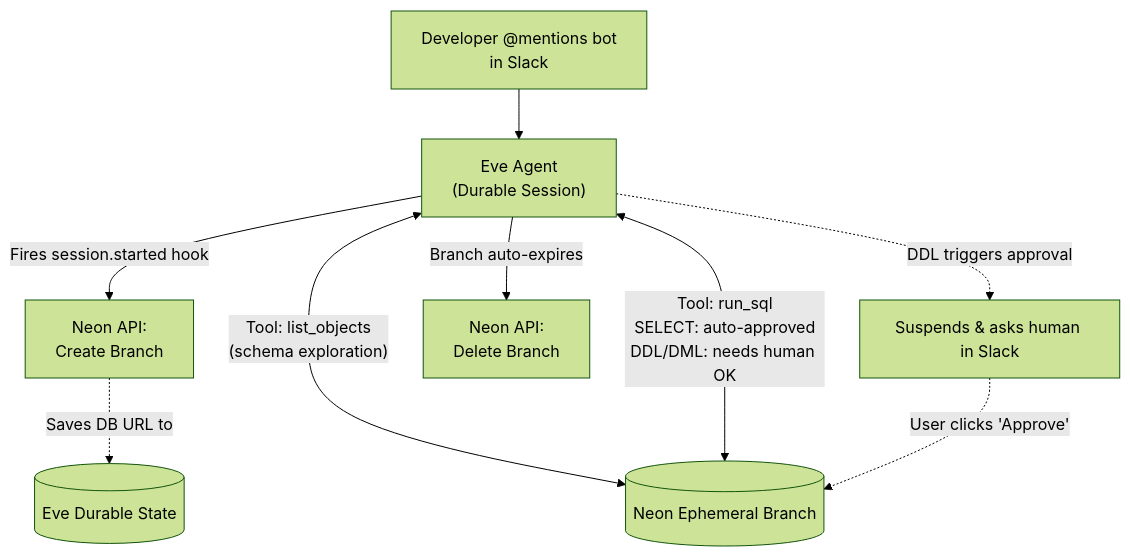
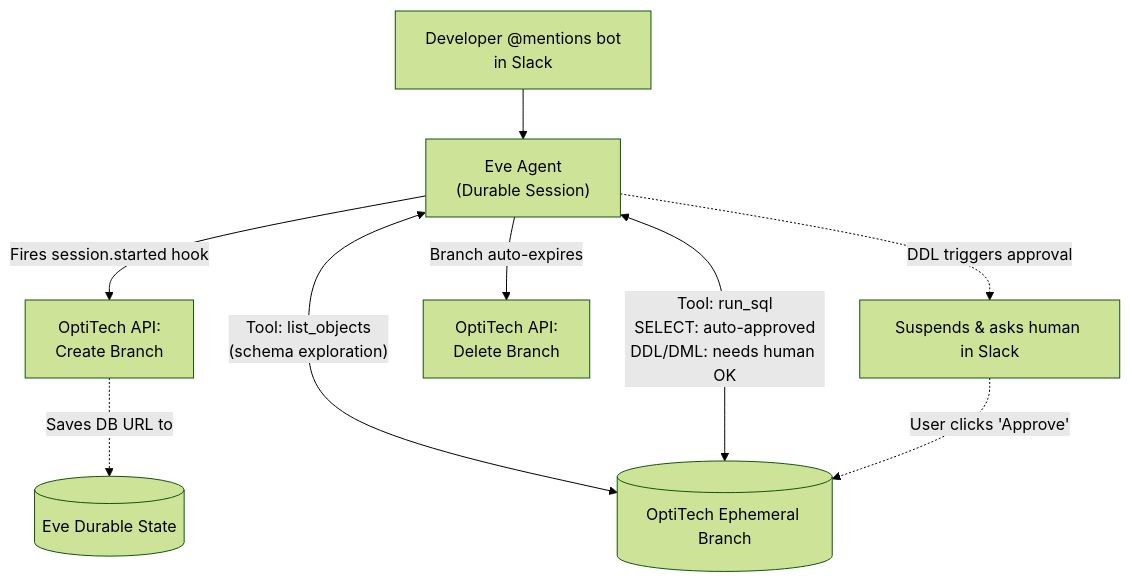
The diagram in content/guides/vercel-eve-neon.md (prakto-org/optitech-hemsida), drawn with Mermaid (forest theme) before and after one commit. The commit also changed other lines of this file and 2084 other files, not shown here.

First line of the commit message:
feat: rebrand Neon site to OptiTech

````diff
--- a/content/guides/vercel-eve-neon.md
+++ b/content/guides/vercel-eve-neon.md
@@ -56,11 +56,11 @@
 ```mermaid
 flowchart TD
   A["Developer @mentions bot<br/>in Slack"] --> B["Eve Agent<br/>(Durable Session)"]
-  B --> |"Fires session.started hook"| C["Neon API:<br/>Create Branch"]
+  B --> |"Fires session.started hook"| C["OptiTech API:<br/>Create Branch"]
   C -.->|"Saves DB URL to"| D[("Eve Durable State")]
-  B <-->|"Tool: list_objects<br/>(schema exploration)"| E[("Neon Ephemeral Branch")]
+  B <-->|"Tool: list_objects<br/>(schema exploration)"| E[("OptiTech Ephemeral Branch")]
   B <-->|"Tool: run_sql<br/>SELECT: auto-approved<br/>DDL/DML: needs human OK"| E
   B -.->|"DDL triggers approval"| F["Suspends & asks human in Slack"]
   F -.->|"User clicks 'Approve'"| E
-  B --> |"Branch auto-expires"| G["Neon API:<br/>Delete Branch"]
+  B --> |"Branch auto-expires"| G["OptiTech API:<br/>Delete Branch"]
 ```
````
